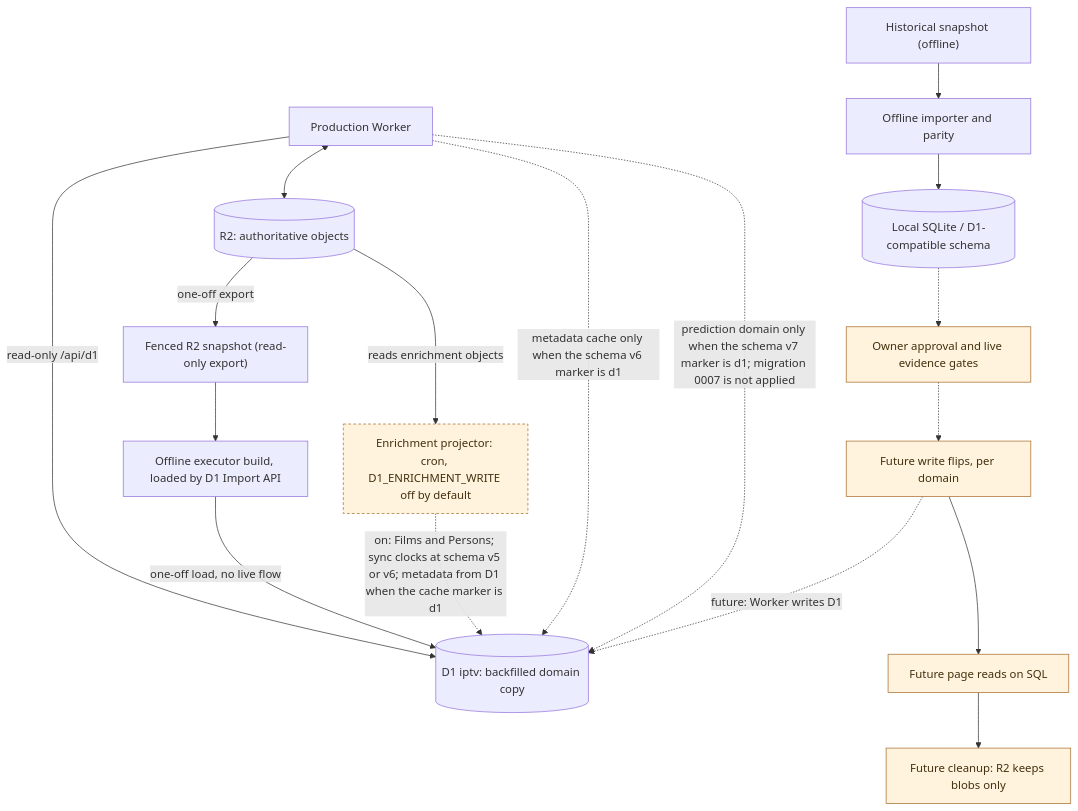
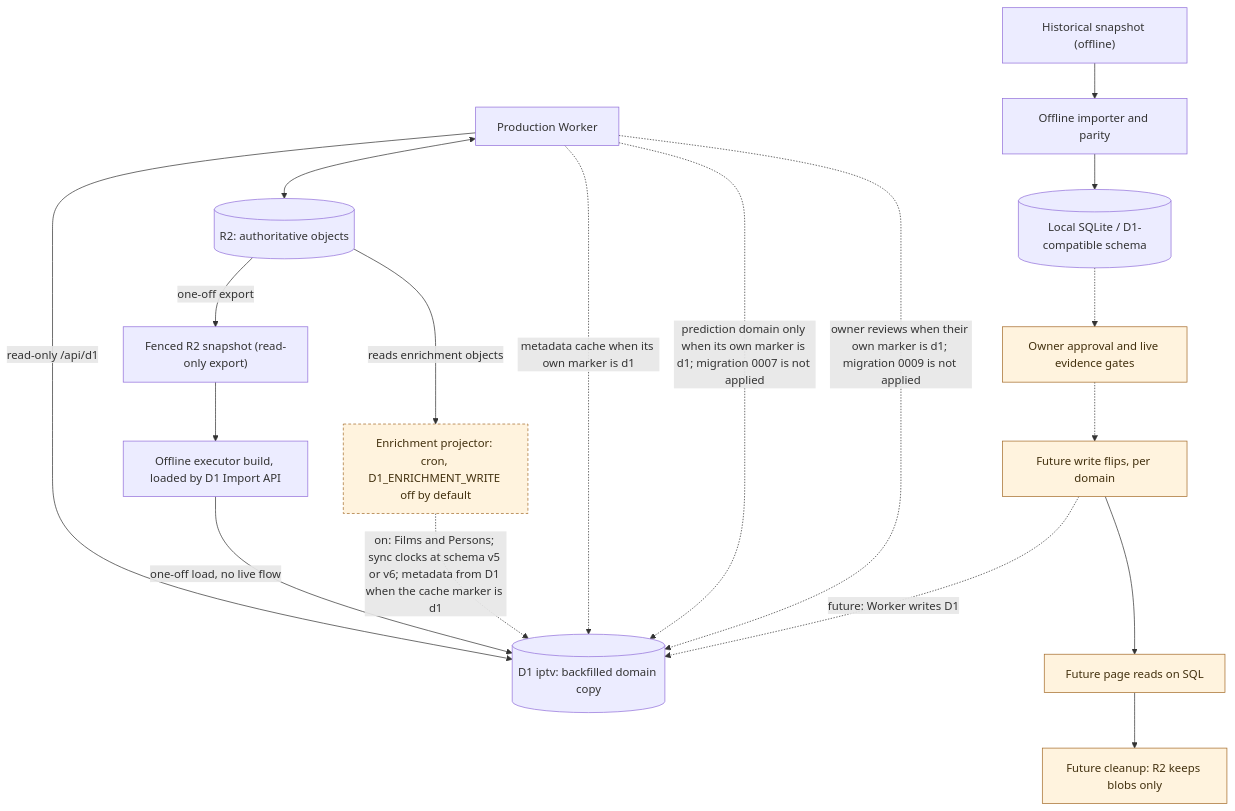
Before and after one commit to vladimino/iptv-watchlist: the diagram in docs/architecture/persistence-and-migration.md, drawn with Mermaid. The commit also changed other lines of this file and 27 other files, not shown here.

First line of the commit message:
Add a D1 owner-review store behind its own marker.

````diff
--- a/docs/architecture/persistence-and-migration.md
+++ b/docs/architecture/persistence-and-migration.md
@@ -5,30 +5,31 @@
 ```mermaid
 flowchart TD
     worker["Production Worker"]
     r2[("R2: authoritative objects")]
     archive["Historical snapshot (offline)"]
     importer["Offline importer and parity"]
     local[("Local SQLite / D1-compatible schema")]
     gate["Owner approval and live evidence gates"]
     snapshot["Fenced R2 snapshot (read-only export)"]
     reload["Offline executor build, loaded by D1 Import API"]
     d1[("D1 iptv: backfilled domain copy")]
     projector["Enrichment projector: cron, D1_ENRICHMENT_WRITE off by default"]
     flipWrite["Future write flips, per domain"]
     flipRead["Future page reads on SQL"]
     retire["Future cleanup: R2 keeps blobs only"]
     worker <--> r2
     worker -->|read-only /api/d1| d1
     archive --> importer --> local
     local -.-> gate
     r2 -->|one-off export| snapshot --> reload -->|one-off load, no live flow| d1
     r2 -->|reads enrichment objects| projector -.->|on: Films and Persons; sync clocks at schema v5 or v6; metadata from D1 when the cache marker is d1| d1
-    worker -.->|metadata cache only when the schema v6 marker is d1| d1
-    worker -.->|prediction domain only when the schema v7 marker is d1; migration 0007 is not applied| d1
+    worker -.->|metadata cache when its own marker is d1| d1
+    worker -.->|prediction domain only when its own marker is d1; migration 0007 is not applied| d1
+    worker -.->|owner reviews when their own marker is d1; migration 0009 is not applied| d1
     gate -.-> flipWrite -.->|future: Worker writes D1| d1
     flipWrite --> flipRead --> retire
     classDef future fill:#fff3de,stroke:#a56c2b,color:#42300e
     classDef gated fill:#fff3de,stroke:#a56c2b,color:#42300e,stroke-dasharray:4 3
     class gate,flipWrite,flipRead,retire future
     class projector gated
 ```
````
